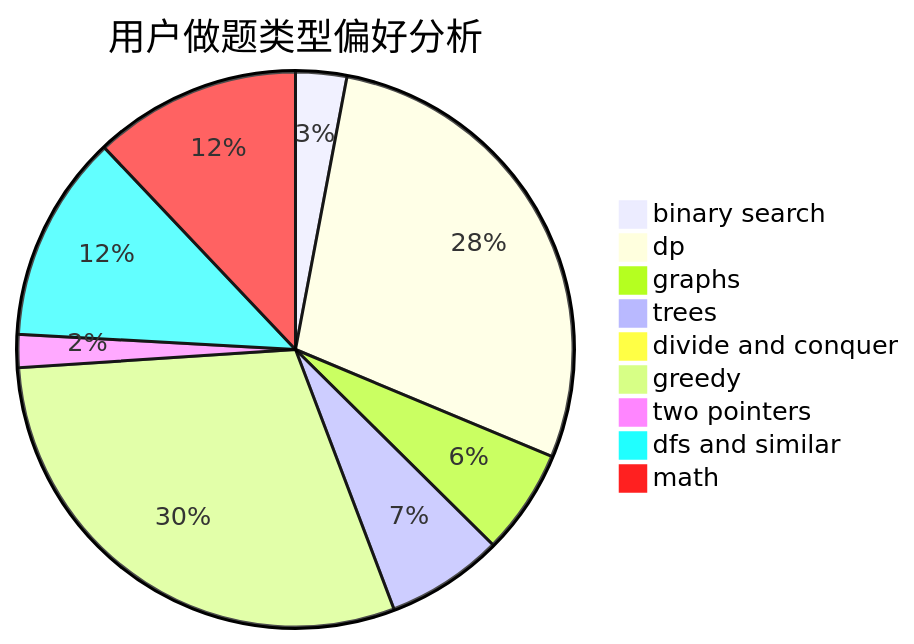
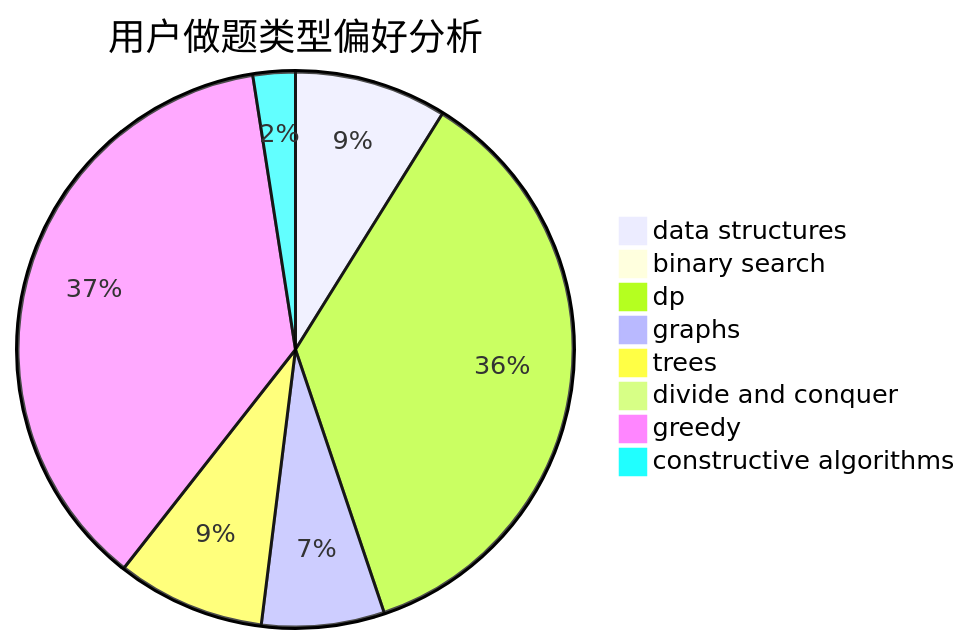
One commit to sherpahu/cfrs.github.io changed the second of 3 diagrams in docs/user/u9.md. Above: the diagram before and after it, drawn with Mermaid. The commit also changed other lines of this file and 2775 other files, not shown here.

````diff
--- a/docs/user/u9.md
+++ b/docs/user/u9.md
@@ -23,12 +23,11 @@
 ```mermaid
 pie title 用户做题类型偏好分析
-    "binary search" :  17
-    "dp" :  162
-    "graphs" :  35
-    "trees" :  39
+    "data structures" :  36
+    "binary search" :  1
+    "dp" :  146
+    "graphs" :  29
+    "trees" :  35
     "divide and conquer" :  0
-    "greedy" :  170
-    "two pointers" :  11
-    "dfs and similar" :  69
-    "math" :  69
+    "greedy" :  150
+    "constructive algorithms" :  10
 ```
````
